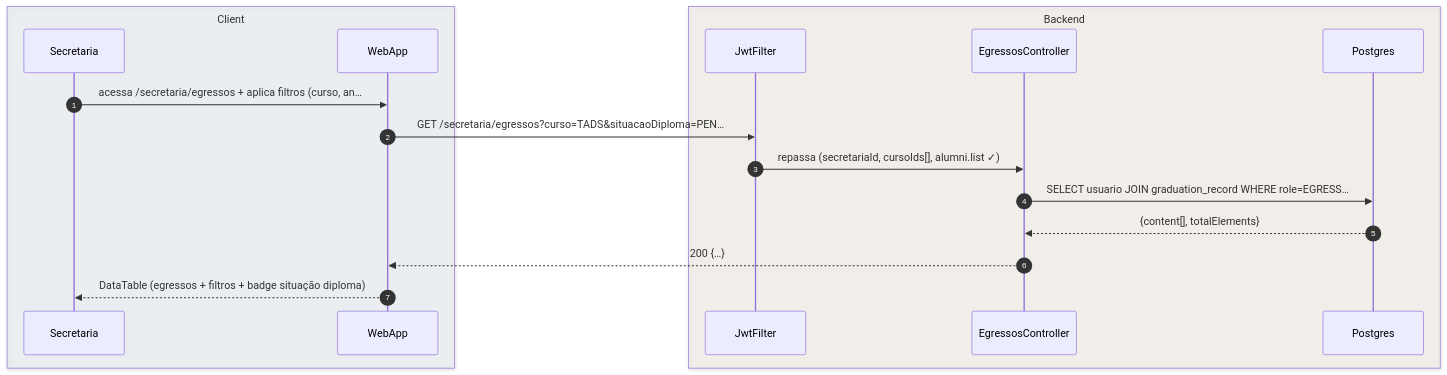
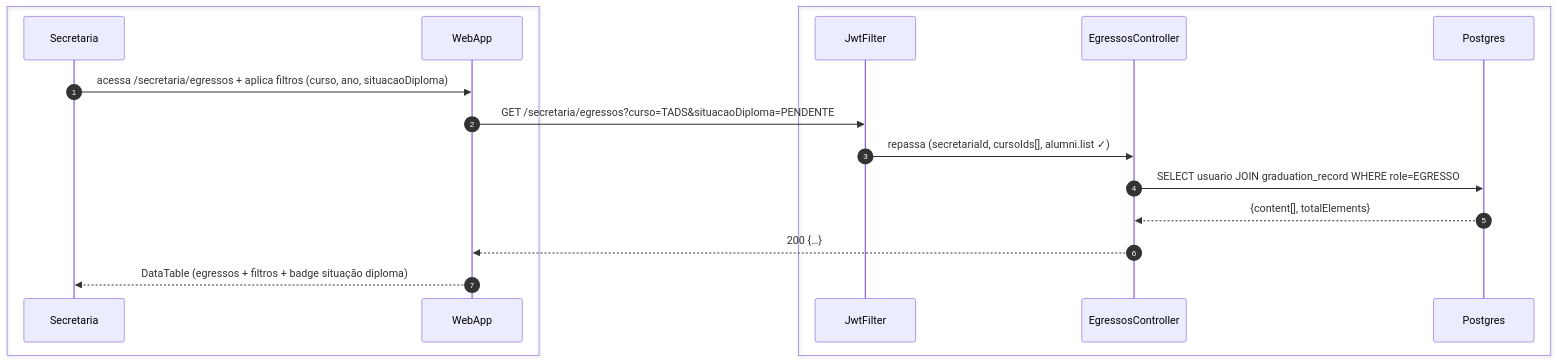
Before and after one commit to umishell/secretariaOnline2: the first of 5 diagrams in foundationDocs/sequenceDiagrams/F5 — Secretaria/US-F5-005-EGRESSOS-DIPLOMAS.md, drawn with Mermaid. The commit also changed other lines of this file and 70 other files, not shown here.

First line of the commit message:
Enhance database documentation and introduce new schema files

````diff
--- a/foundationDocs/sequenceDiagrams/F5 — Secretaria/US-F5-005-EGRESSOS-DIPLOMAS.md
+++ b/foundationDocs/sequenceDiagrams/F5 — Secretaria/US-F5-005-EGRESSOS-DIPLOMAS.md
@@ -60,21 +60,21 @@
 ```mermaid
 sequenceDiagram
     autonumber
-    box rgba(230,245,255,0.3) Client
+    box #e8f4fc Cliente
         participant Secretaria
         participant WebApp
     end
-    box rgba(255,245,230,0.3) Backend
+    box #fff8ee Servidor
         participant JwtFilter
         participant EgressosController
         participant Postgres
     end
 
-    Secretaria->>WebApp: acessa /secretaria/egressos + aplica filtros (curso, an…
-    WebApp->>JwtFilter: GET /secretaria/egressos?curso=TADS&situacaoDiploma=PEN…
+    Secretaria->>WebApp: acessa /secretaria/egressos + aplica filtros (curso, ano, situacaoDiploma)
+    WebApp->>JwtFilter: GET /secretaria/egressos?curso=TADS&situacaoDiploma=PENDENTE
     JwtFilter->>EgressosController: repassa (secretariaId, cursoIds[], alumni.list ✓)
-    EgressosController->>Postgres: SELECT usuario JOIN graduation_record WHERE role=EGRESS…
+    EgressosController->>Postgres: SELECT usuario JOIN graduation_record WHERE role=EGRESSO
     Postgres-->>EgressosController: {content[], totalElements}
     EgressosController-->>WebApp: 200 {…}
     WebApp-->>Secretaria: DataTable (egressos + filtros + badge situação diploma)
 ```
````
